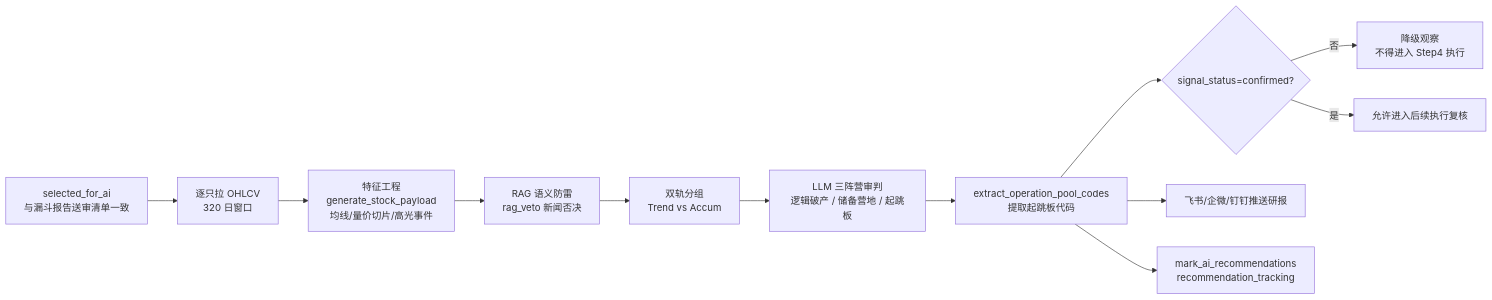
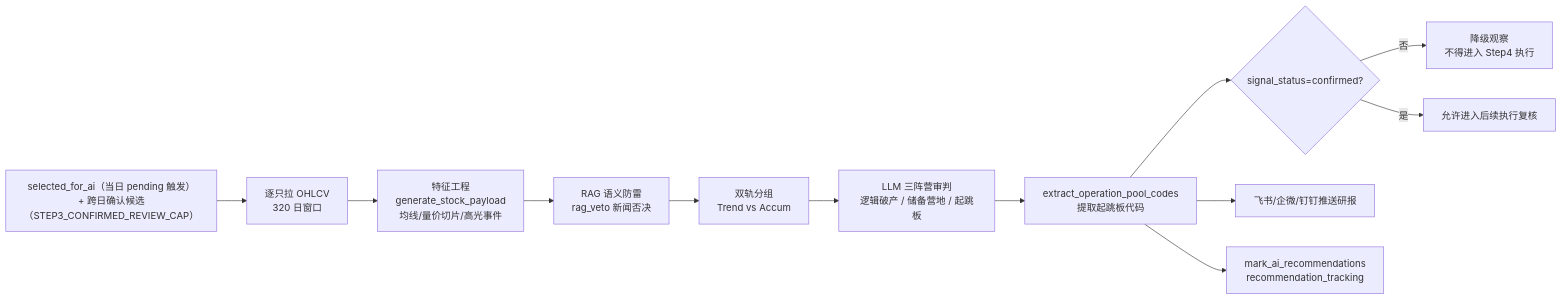
Before and after one commit to YoungCan-Wang/WyckoffTradingAgent: the fourth of 7 diagrams in docs/A_SHARE_FUNNEL_FLOW.md, drawn with Mermaid. The commit also changed other lines of this file and 40 other files, not shown here.

````diff
--- a/docs/A_SHARE_FUNNEL_FLOW.md
+++ b/docs/A_SHARE_FUNNEL_FLOW.md
@@ -274,14 +274,14 @@
 ```mermaid
 flowchart LR
-    IN["selected_for_ai<br/>与漏斗报告送审清单一致"] --> FETCH["逐只拉 OHLCV<br/>320 日窗口"]
+    IN["selected_for_ai（当日 pending 触发）<br/>+ 跨日确认候选（STEP3_CONFIRMED_REVIEW_CAP）"] --> FETCH["逐只拉 OHLCV<br/>320 日窗口"]
     FETCH --> FEAT["特征工程<br/>generate_stock_payload<br/>均线/量价切片/高光事件"]
     FEAT --> RAG["RAG 语义防雷<br/>rag_veto 新闻否决"]
     RAG --> SPLIT["双轨分组<br/>Trend vs Accum"]
     SPLIT --> LLM["LLM 三阵营审判<br/>逻辑破产 / 储备营地 / 起跳板"]
     LLM --> OUT["extract_operation_pool_codes<br/>提取起跳板代码"]
     OUT --> GATE{"signal_status=confirmed?"}
     GATE -->|否| WATCH["降级观察<br/>不得进入 Step4 执行"]
     GATE -->|是| EXEC["允许进入后续执行复核"]
     OUT --> PUSH["飞书/企微/钉钉推送研报"]
     OUT --> MARK["mark_ai_recommendations<br/>recommendation_tracking"]
 ```
````
